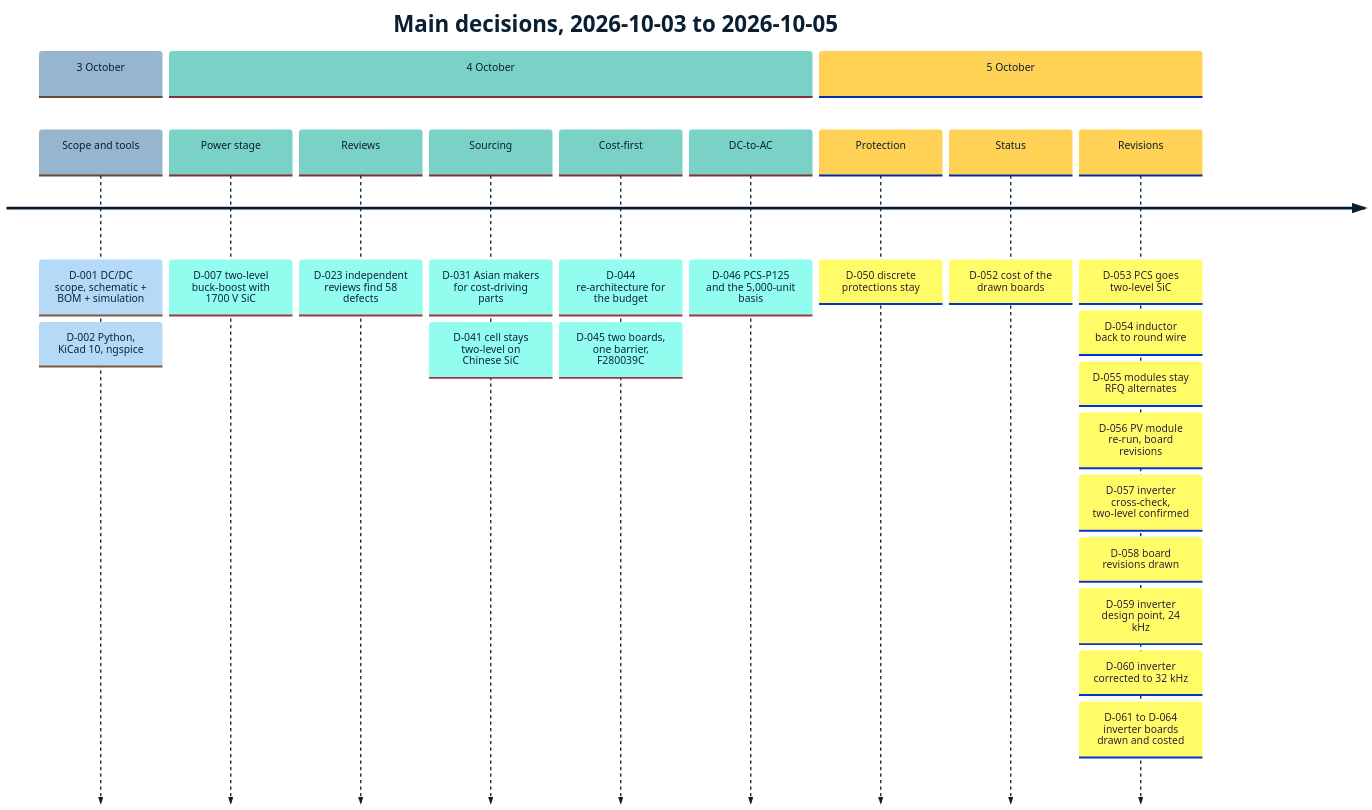
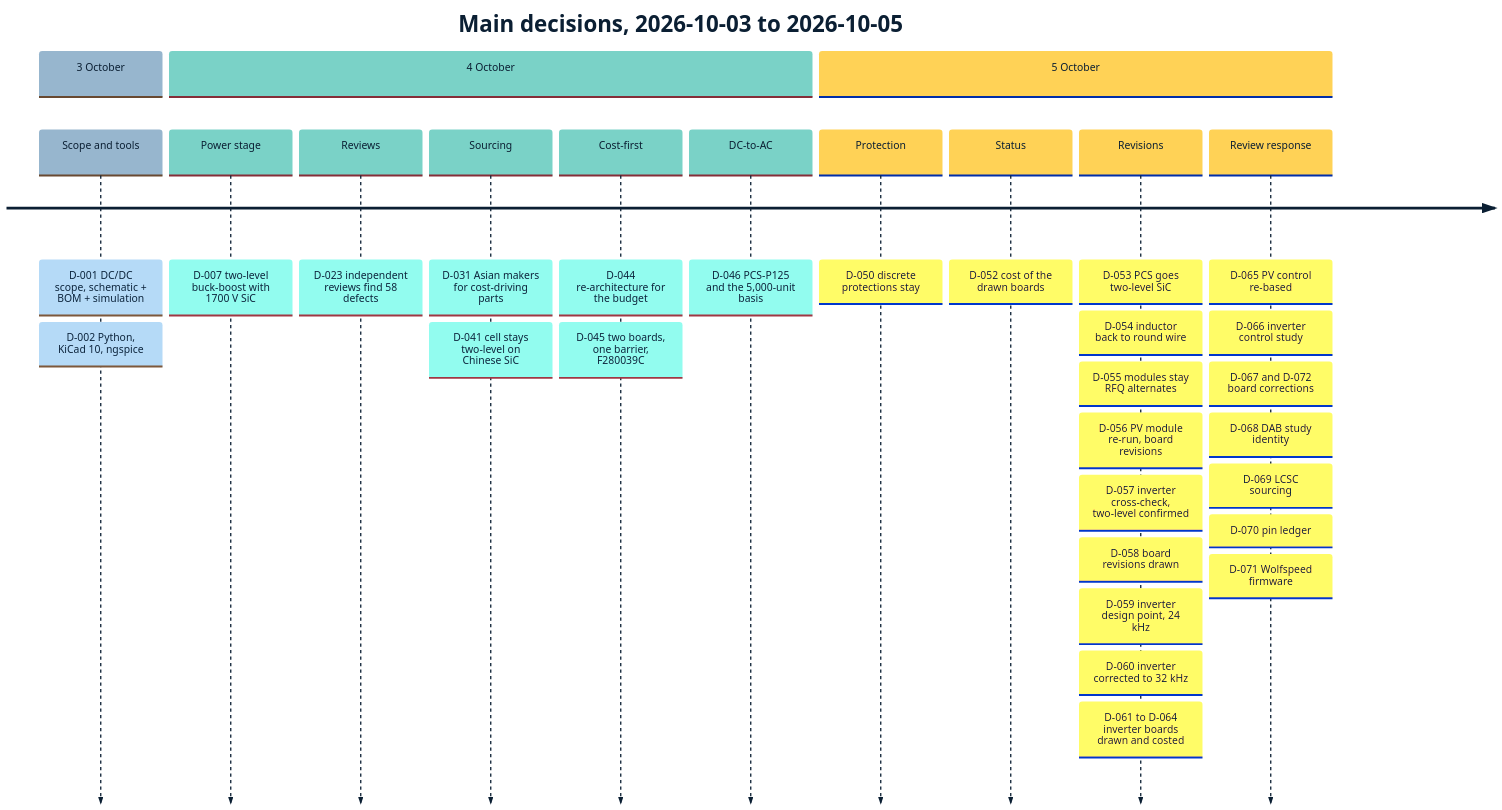
One commit to vectivolt/PCM changed the second of 2 diagrams in docs/guide/01-overview.md. Above: the diagram before and after it, drawn with Mermaid. The commit also changed other lines of this file and 97 other files, not shown here.

````diff
--- a/docs/guide/01-overview.md
+++ b/docs/guide/01-overview.md
@@ -83,17 +83,18 @@
 ```mermaid
 %%{init: {"theme": "base", "themeVariables": {"primaryColor": "#EEF3F7", "primaryBorderColor": "#0B1F33", "primaryTextColor": "#0B1F33", "lineColor": "#5B6B7A", "secondaryColor": "#D9F2EF", "tertiaryColor": "#FFF4D6", "fontFamily": "Inter, Helvetica, Arial, sans-serif"}}}%%
 timeline
     title Main decisions, 2026-10-03 to 2026-10-05
     section 3 October
         Scope and tools : D-001 DC/DC scope, schematic + BOM + simulation : D-002 Python, KiCad 10, ngspice
     section 4 October
         Power stage : D-007 two-level buck-boost with 1700 V SiC
         Reviews : D-023 independent reviews find 58 defects
         Sourcing : D-031 Asian makers for cost-driving parts : D-041 cell stays two-level on Chinese SiC
         Cost-first : D-044 re-architecture for the budget : D-045 two boards, one barrier, F280039C
         DC-to-AC : D-046 PCS-P125 and the 5,000-unit basis
     section 5 October
         Protection : D-050 discrete protections stay
         Status : D-052 cost of the drawn boards
         Revisions : D-053 PCS goes two-level SiC : D-054 inductor back to round wire : D-055 modules stay RFQ alternates : D-056 PV module re-run, board revisions : D-057 inverter cross-check, two-level confirmed : D-058 board revisions drawn : D-059 inverter design point, 24 kHz : D-060 inverter corrected to 32 kHz : D-061 to D-064 inverter boards drawn and costed
+        Review response : D-065 PV control re-based : D-066 inverter control study : D-067 and D-072 board corrections : D-068 DAB study identity : D-069 LCSC sourcing : D-070 pin ledger : D-071 Wolfspeed firmware
 ```
````
